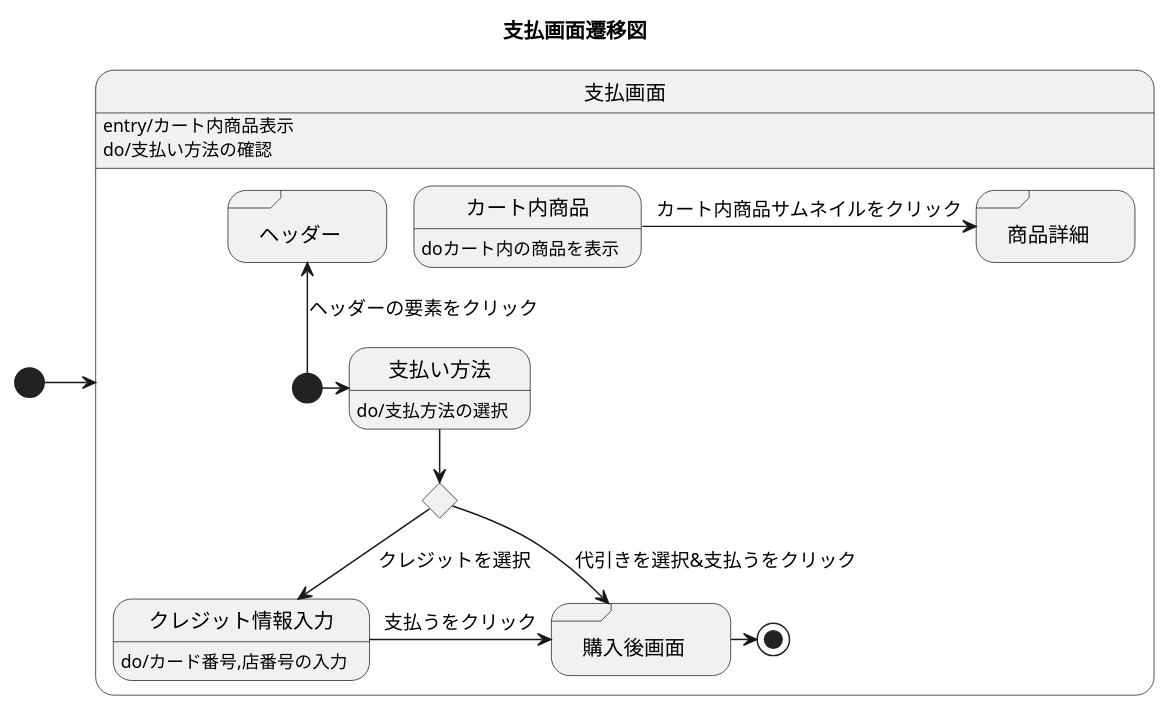
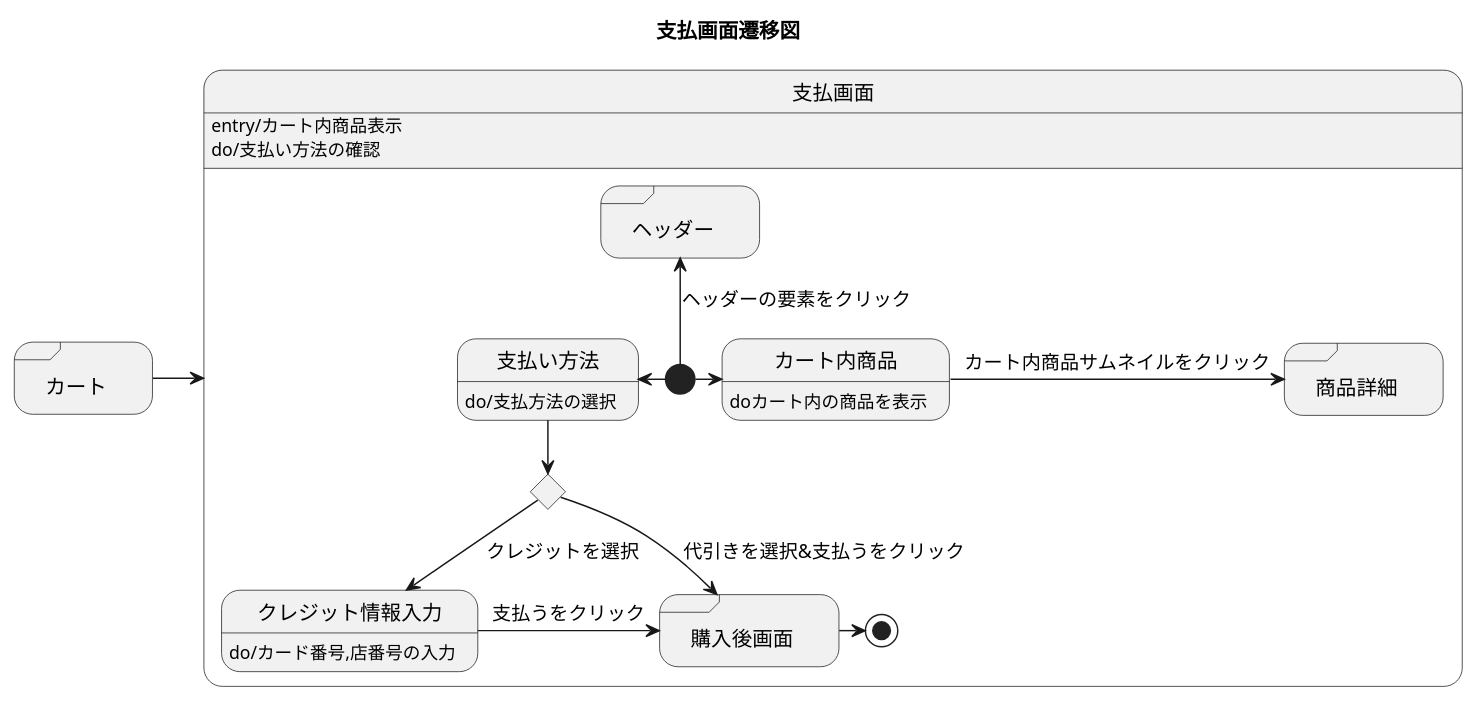
The diagram in 支払画面.md (akutori/T-D-E), drawn with PlantUML before and after one commit.

Commit message:
始点をカートからに変更

````diff
--- a/支払画面.md
+++ b/支払画面.md
@@ -1,29 +1,31 @@
 ```uml
 @startuml
 title 支払画面遷移図
 state 支払画面:entry/カート内商品表示
 state 支払画面:do/支払い方法の確認
+state "カート" as cart <<sdlreceive>>
 
-[*]->支払画面
+cart->支払画面
 
 state 支払画面{
     state input <<choice>>
     state "ヘッダー" as headder <<sdlreceive>>
     state "商品詳細" as detail <<sdlreceive>>
     state "購入後画面" as boughtpage <<sdlreceive>>
     state 支払い方法:do/支払方法の選択
     state クレジット情報入力:do/カード番号,店番号の入力
     state カート内商品:doカート内の商品を表示
 
-    [*]->支払い方法
+    [*]-left->支払い方法
+    [*]->カート内商品
     [*]-up->headder : ヘッダーの要素をクリック
     支払い方法-->input
     input-> boughtpage : 代引きを選択&支払うをクリック
     input--> クレジット情報入力 : クレジットを選択
     クレジット情報入力 -> boughtpage : 支払うをクリック
     カート内商品->detail : カート内商品サムネイルをクリック
     
     boughtpage ->[*]
 }
 @enduml
 ```
````
